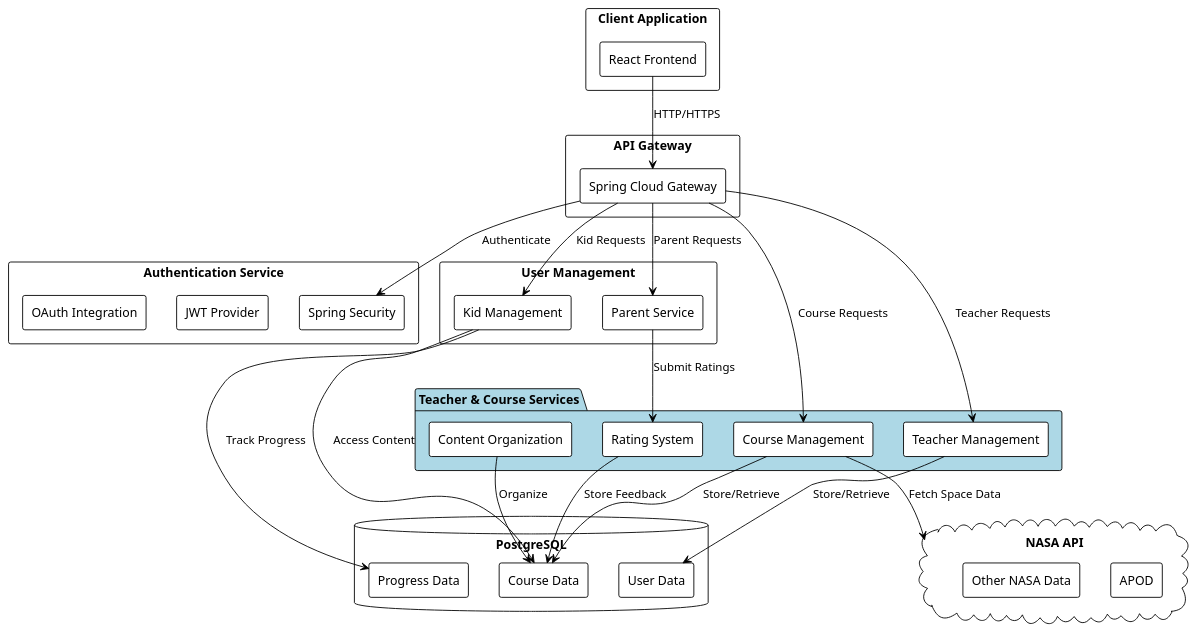
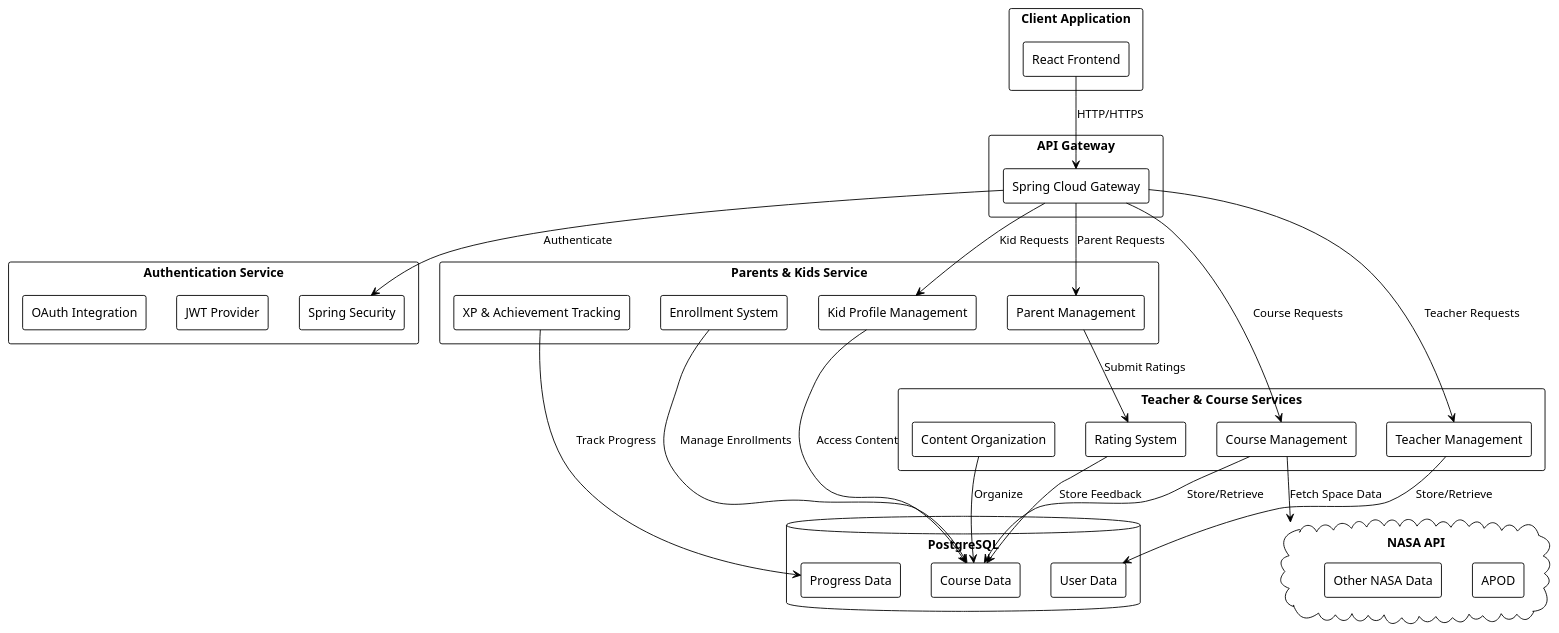
Before and after one commit to m-elhamlaoui/development-platform-nova-pioneers: the diagram in Report/uml/general.puml, drawn with PlantUML. The commit also changed 10 other files, not shown here.

```diff
--- a/Report/uml/general.puml
+++ b/Report/uml/general.puml
@@ -1,56 +1,59 @@
 @startuml
 !theme plain
 skinparam componentStyle rectangle
 
 rectangle "Client Application" as client {
   [React Frontend] as frontend
 }
 
 rectangle "API Gateway" as gateway {
   [Spring Cloud Gateway] as scg
 }
 
 rectangle "Authentication Service" as auth {
   [Spring Security] as security
   [JWT Provider] as jwt
   [OAuth Integration] as oauth
 }
 
-rectangle "User Management" {
-  [Parent Service] as parent
-  [Kid Management] as kid
+rectangle "Parents & Kids Service" as parentkid {
+  [Parent Management] as parent
+  [Kid Profile Management] as kid
+  [Enrollment System] as enrollment
+  [XP & Achievement Tracking] as xp
 }
 
 cloud "NASA API" as nasa {
   [APOD] as apod
   [Other NASA Data] as other
 }
 
-package "Teacher & Course Services" #LightBlue {
+rectangle "Teacher & Course Services" as teaching {
   [Teacher Management] as teacher
   [Course Management] as course
   [Content Organization] as content
   [Rating System] as rating
 }
 
 database "PostgreSQL" as db {
   [User Data] as userDb
   [Course Data] as courseDb
   [Progress Data] as progressDb
 }
 
 frontend --> scg : HTTP/HTTPS
 scg --> security : Authenticate
 scg --> parent : Parent Requests
 scg --> kid : Kid Requests
 scg --> teacher : Teacher Requests
 scg --> course : Course Requests
 teacher --> userDb : Store/Retrieve
 course --> courseDb : Store/Retrieve
 course --> nasa : Fetch Space Data
 content --> courseDb : Organize
 rating --> courseDb : Store Feedback
 parent --> rating : Submit Ratings
 kid --> courseDb : Access Content
-kid --> progressDb : Track Progress
+enrollment --> courseDb : Manage Enrollments
+xp --> progressDb : Track Progress
 @enduml
```
